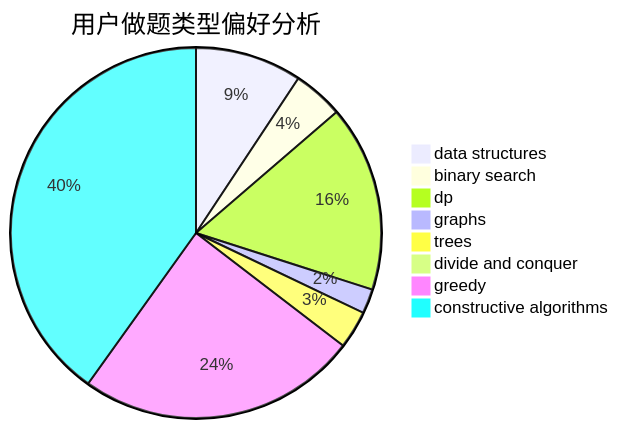
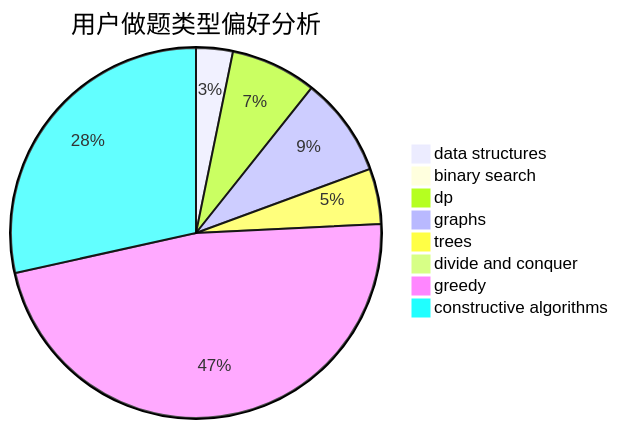
One commit to sherpahu/cfrs.github.io changed the second of 3 diagrams in docs/user/u865.md. Above: the diagram before and after it, drawn with Mermaid. The commit also changed other lines of this file and 2770 other files, not shown here.

````diff
--- a/docs/user/u865.md
+++ b/docs/user/u865.md
@@ -23,11 +23,11 @@
 ```mermaid
 pie title 用户做题类型偏好分析
-    "data structures" :  87
-    "binary search" :  41
-    "dp" :  152
-    "graphs" :  20
-    "trees" :  31
+    "data structures" :  59
+    "binary search" :  5
+    "dp" :  138
+    "graphs" :  160
+    "trees" :  89
     "divide and conquer" :  0
-    "greedy" :  229
-    "constructive algorithms" :  375
+    "greedy" :  871
+    "constructive algorithms" :  524
 ```
````
